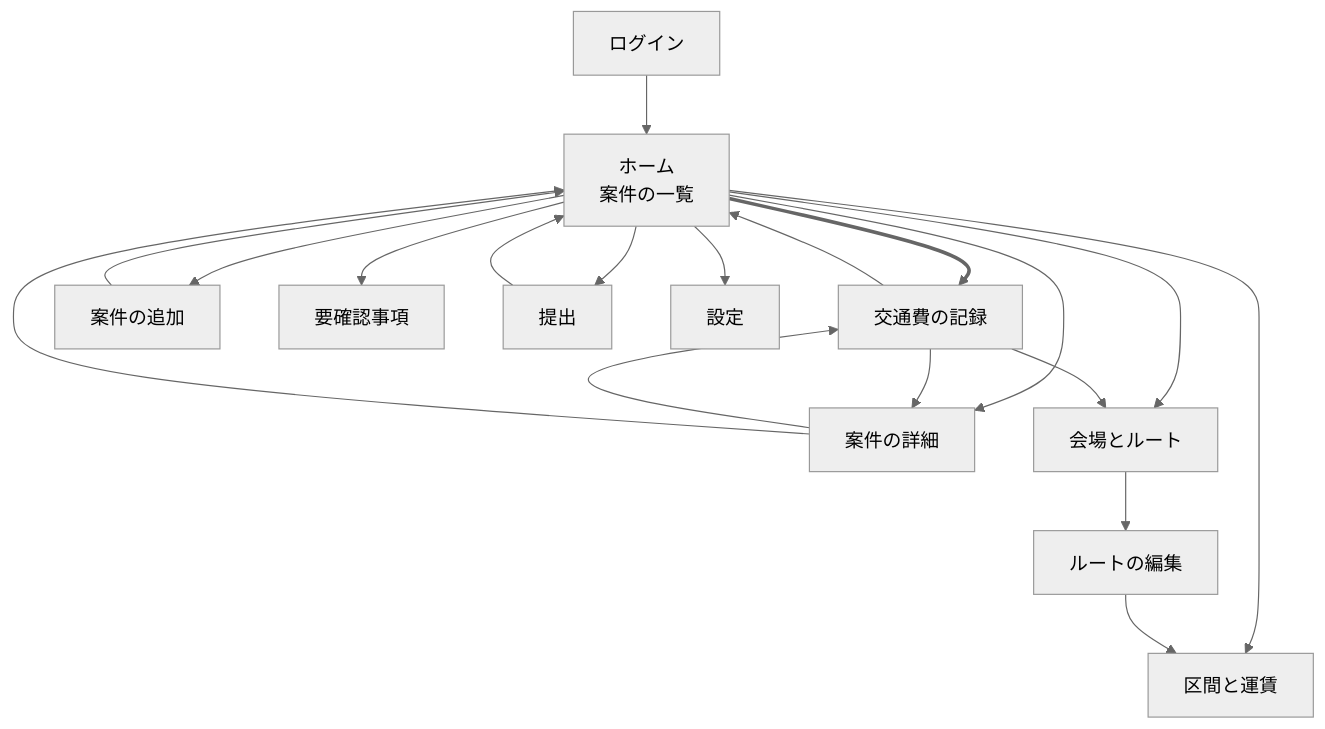
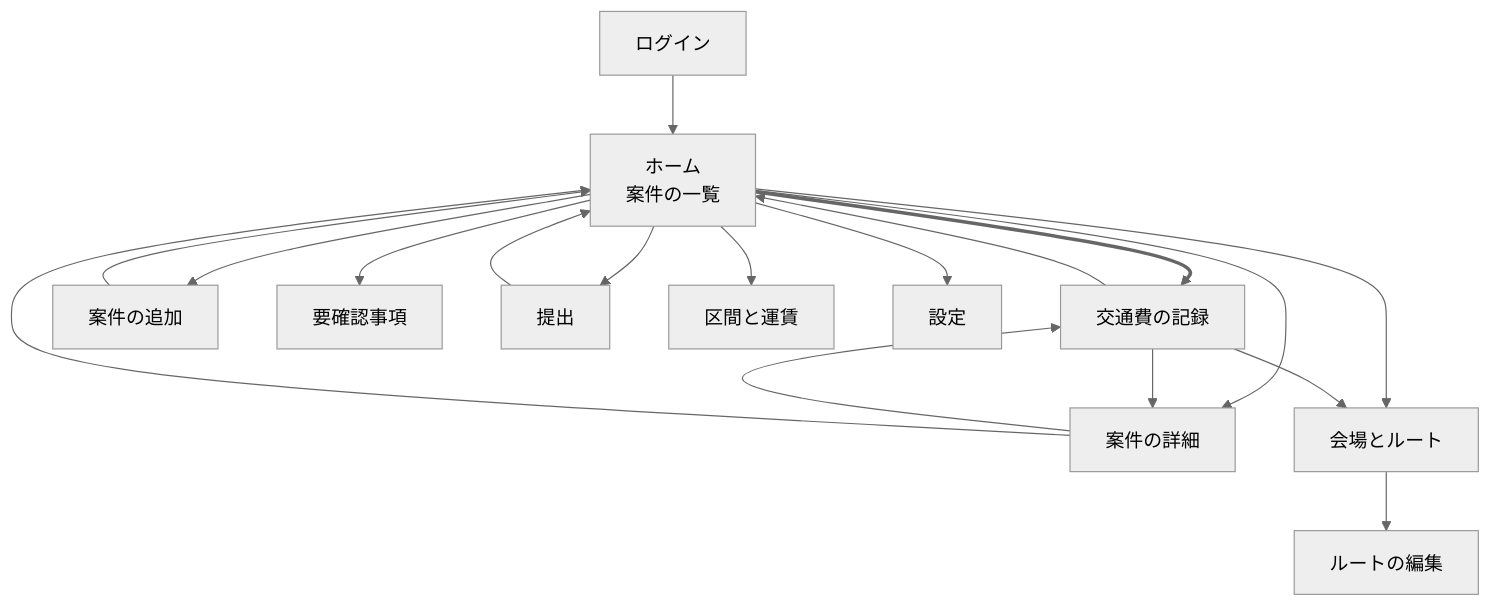
One commit to tk-media-code/expense-claim changed the diagram in docs/design/screens.md. Above: the diagram before and after it, drawn with Mermaid (neutral theme). The commit also changed other lines of this file and 1 other file, not shown here.

````diff
--- a/docs/design/screens.md
+++ b/docs/design/screens.md
@@ -22,30 +22,29 @@
 ```mermaid
 flowchart TD
     login["ログイン"] --> home
 
     home["ホーム<br/>案件の一覧"]
 
     home --> record["交通費の記録"]
     home --> detail["案件の詳細"]
     home --> add["案件の追加"]
     home --> attention["要確認事項"]
     home --> submit["提出"]
     home --> venues["会場とルート"]
     home --> segments["区間と運賃"]
     home --> settings["設定"]
 
     detail --> record
     detail --> home
 
     venues --> routeEdit["ルートの編集"]
-    routeEdit --> segments
 
     record --> home
     record --> detail
     record --> venues
 
     submit --> home
     add --> home
 
     linkStyle 1 stroke-width:3px
 ```
````
